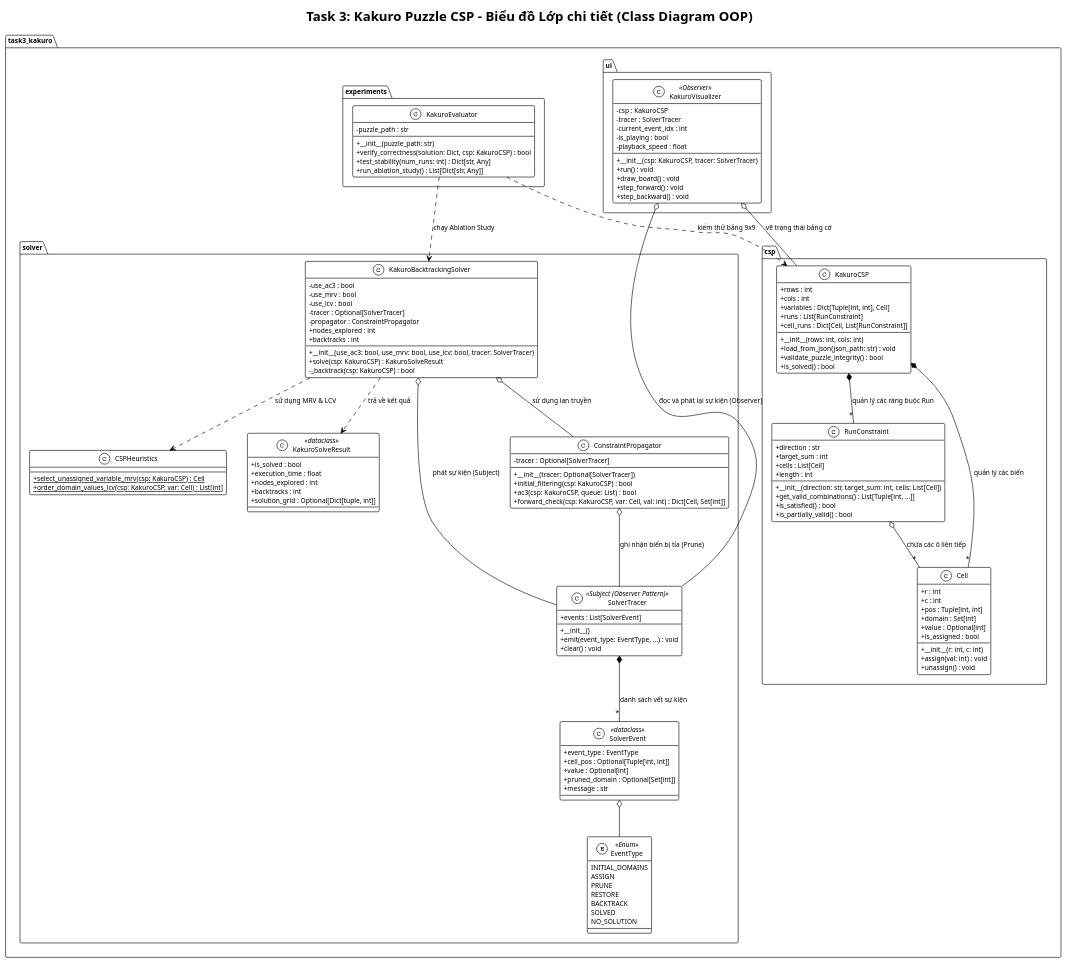
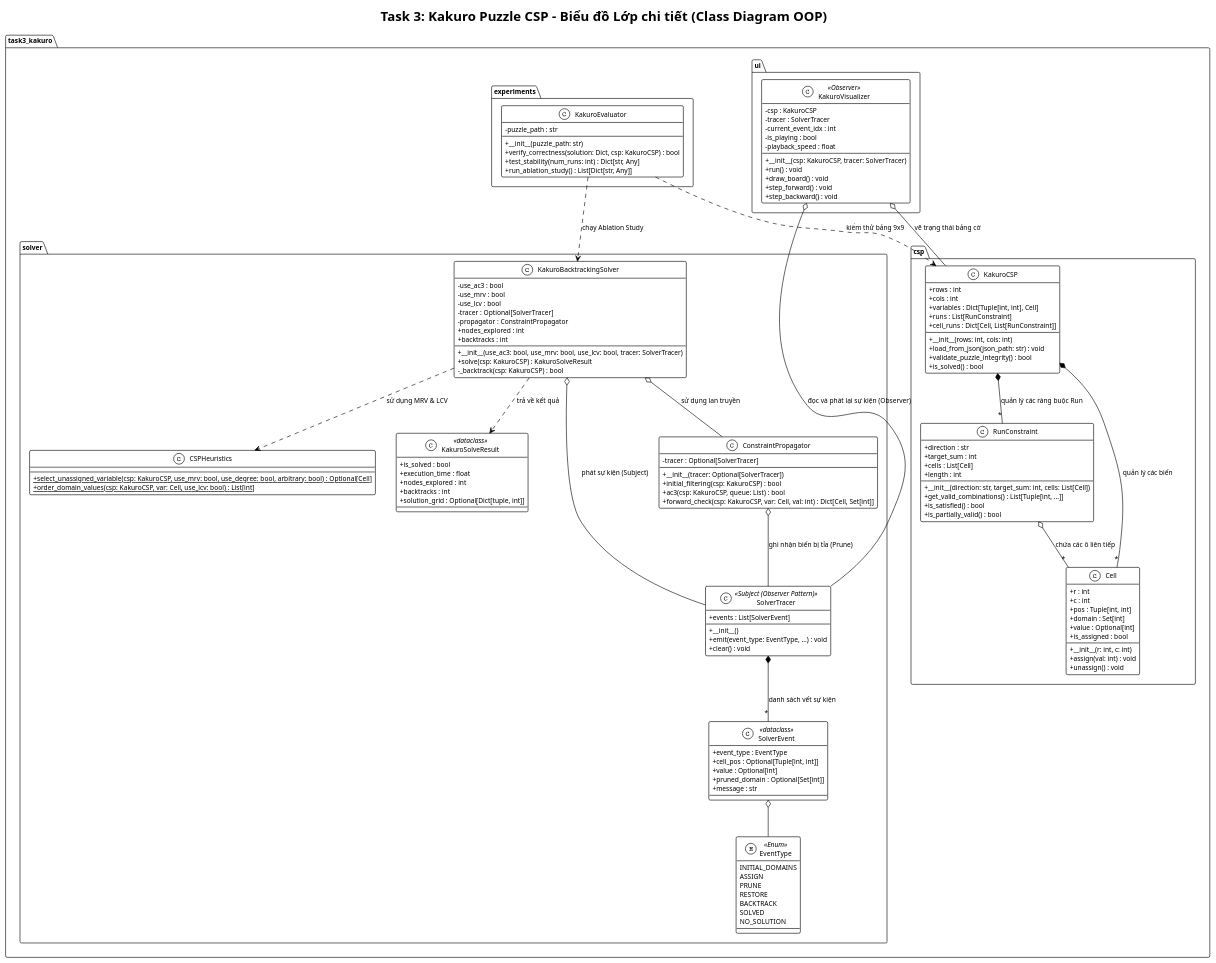
One commit to HuuTan12/Final_AI_BanSung changed the diagram in docs/diagrams/task3_kakuro_class.puml. Above: the diagram before and after it, drawn with PlantUML. The commit also changed 37 other files, not shown here.

```diff
--- a/docs/diagrams/task3_kakuro_class.puml
+++ b/docs/diagrams/task3_kakuro_class.puml
@@ -1,153 +1,153 @@
 @startuml Task3_Kakuro_ClassDiagram
 !theme plain
 skinparam classAttributeIconSize 0
 skinparam shadowing false
 skinparam defaultFontName Arial
 skinparam defaultFontSize 11
 
 title Task 3: Kakuro Puzzle CSP - Biểu đồ Lớp chi tiết (Class Diagram OOP)
 
 package "task3_kakuro.csp" {
     class Cell {
         + r : int
         + c : int
         + pos : Tuple[int, int]
         + domain : Set[int]
         + value : Optional[int]
         + __init__(r: int, c: int)
         + is_assigned : bool
         + assign(val: int) : void
         + unassign() : void
     }
 
     class RunConstraint {
         + direction : str
         + target_sum : int
         + cells : List[Cell]
         + length : int
         + __init__(direction: str, target_sum: int, cells: List[Cell])
         + get_valid_combinations() : List[Tuple[int, ...]]
         + is_satisfied() : bool
         + is_partially_valid() : bool
     }
 
     class KakuroCSP {
         + rows : int
         + cols : int
         + variables : Dict[Tuple[int, int], Cell]
         + runs : List[RunConstraint]
         + cell_runs : Dict[Cell, List[RunConstraint]]
         + __init__(rows: int, cols: int)
         + load_from_json(json_path: str) : void
         + validate_puzzle_integrity() : bool
         + is_solved() : bool
     }
 }
 
 package "task3_kakuro.solver" {
     enum EventType <<Enum>> {
         INITIAL_DOMAINS
         ASSIGN
         PRUNE
         RESTORE
         BACKTRACK
         SOLVED
         NO_SOLUTION
     }
 
     class SolverEvent <<dataclass>> {
         + event_type : EventType
         + cell_pos : Optional[Tuple[int, int]]
         + value : Optional[int]
         + pruned_domain : Optional[Set[int]]
         + message : str
     }
 
     class SolverTracer <<Subject (Observer Pattern)>> {
         + events : List[SolverEvent]
         + __init__()
         + emit(event_type: EventType, ...) : void
         + clear() : void
     }
 
     class ConstraintPropagator {
         - tracer : Optional[SolverTracer]
         + __init__(tracer: Optional[SolverTracer])
         + initial_filtering(csp: KakuroCSP) : bool
         + ac3(csp: KakuroCSP, queue: List) : bool
         + forward_check(csp: KakuroCSP, var: Cell, val: int) : Dict[Cell, Set[int]]
     }
 
     class CSPHeuristics {
-        + {static} select_unassigned_variable_mrv(csp: KakuroCSP) : Cell
-        + {static} order_domain_values_lcv(csp: KakuroCSP, var: Cell) : List[int]
+        + {static} select_unassigned_variable(csp: KakuroCSP, use_mrv: bool, use_degree: bool, arbitrary: bool) : Optional[Cell]
+        + {static} order_domain_values(csp: KakuroCSP, var: Cell, use_lcv: bool) : List[int]
     }
 
     class KakuroSolveResult <<dataclass>> {
         + is_solved : bool
         + execution_time : float
         + nodes_explored : int
         + backtracks : int
         + solution_grid : Optional[Dict[tuple, int]]
     }
 
     class KakuroBacktrackingSolver {
         - use_ac3 : bool
         - use_mrv : bool
         - use_lcv : bool
         - tracer : Optional[SolverTracer]
         - propagator : ConstraintPropagator
         + nodes_explored : int
         + backtracks : int
         + __init__(use_ac3: bool, use_mrv: bool, use_lcv: bool, tracer: SolverTracer)
         + solve(csp: KakuroCSP) : KakuroSolveResult
         - _backtrack(csp: KakuroCSP) : bool
     }
 }
 
 package "task3_kakuro.ui" {
     class KakuroVisualizer <<Observer>> {
         - csp : KakuroCSP
         - tracer : SolverTracer
         - current_event_idx : int
         - is_playing : bool
         - playback_speed : float
         + __init__(csp: KakuroCSP, tracer: SolverTracer)
         + run() : void
         + draw_board() : void
         + step_forward() : void
         + step_backward() : void
     }
 }
 
 package "task3_kakuro.experiments" {
     class KakuroEvaluator {
         - puzzle_path : str
         + __init__(puzzle_path: str)
         + verify_correctness(solution: Dict, csp: KakuroCSP) : bool
         + test_stability(num_runs: int) : Dict[str, Any]
         + run_ablation_study() : List[Dict[str, Any]]
     }
 }
 
 ' Relationships
 KakuroCSP *-- "*" Cell : "quản lý các biến"
 KakuroCSP *-- "*" RunConstraint : "quản lý các ràng buộc Run"
 RunConstraint o-- "*" Cell : "chứa các ô liên tiếp"
 
 KakuroBacktrackingSolver o-- ConstraintPropagator : "sử dụng lan truyền"
 KakuroBacktrackingSolver ..> CSPHeuristics : "sử dụng MRV & LCV"
 KakuroBacktrackingSolver o-- SolverTracer : "phát sự kiện (Subject)"
 KakuroBacktrackingSolver ..> KakuroSolveResult : "trả về kết quả"
 ConstraintPropagator o-- SolverTracer : "ghi nhận biến bị tỉa (Prune)"
 
 SolverTracer *-- "*" SolverEvent : "danh sách vết sự kiện"
 SolverEvent o-- EventType
 
 KakuroVisualizer o-- SolverTracer : "đọc và phát lại sự kiện (Observer)"
 KakuroVisualizer o-- KakuroCSP : "vẽ trạng thái bảng cờ"
 
 KakuroEvaluator ..> KakuroCSP : "kiểm thử bảng 9x9"
 KakuroEvaluator ..> KakuroBacktrackingSolver : "chạy Ablation Study"
 
 @enduml
```
